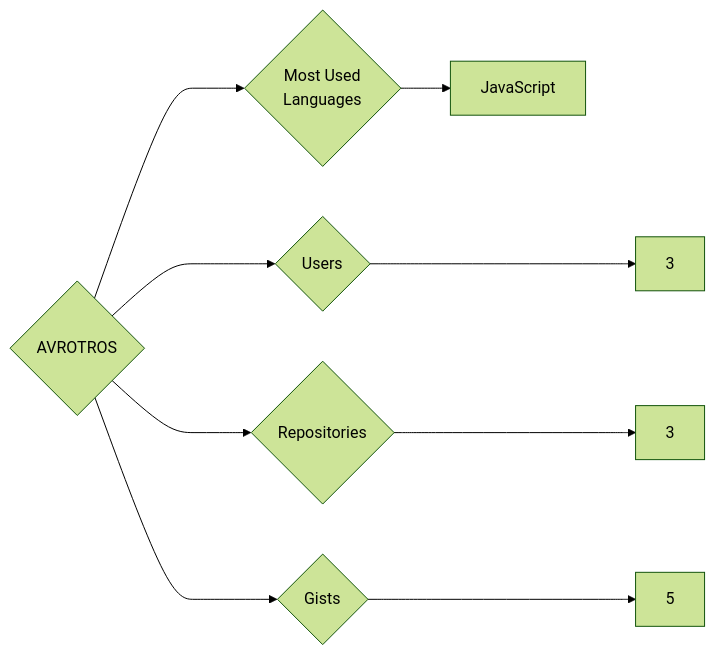
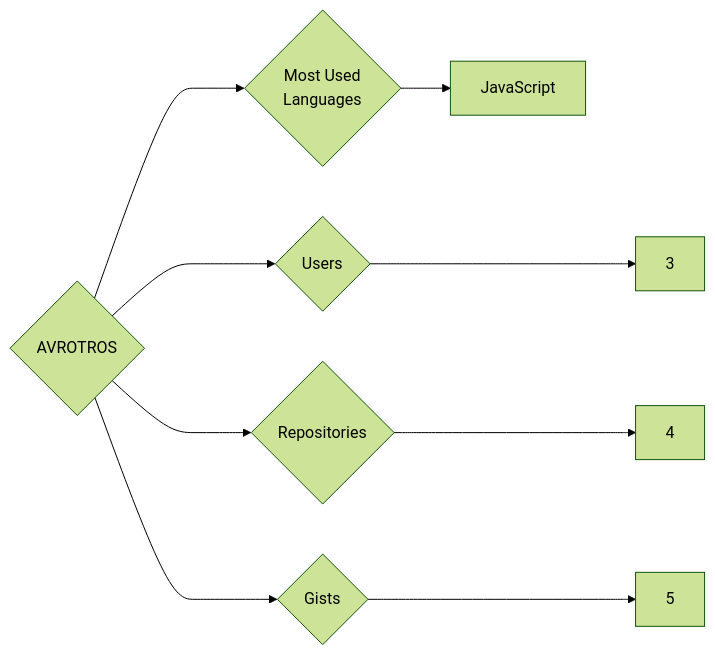
The diagram in targets/AVROTROS/README.md (trickest/insiders), drawn with Mermaid (forest theme) before and after one commit. The commit also changed 935 other files, not shown here.

````diff
--- a/targets/AVROTROS/README.md
+++ b/targets/AVROTROS/README.md
@@ -3,9 +3,9 @@
 ```mermaid
 graph LR
 COMPANY_NAME{AVROTROS}
 COMPANY_NAME ---> U{Users} ---> UN[3]
-COMPANY_NAME ---> R{Repositories} ---> RN[3]
+COMPANY_NAME ---> R{Repositories} ---> RN[4]
 COMPANY_NAME ---> G{Gists} ---> GN[5]
 COMPANY_NAME ---> ML{Most Used<br>Languages}
 ML --> JavaScript[JavaScript]
 ```
````
